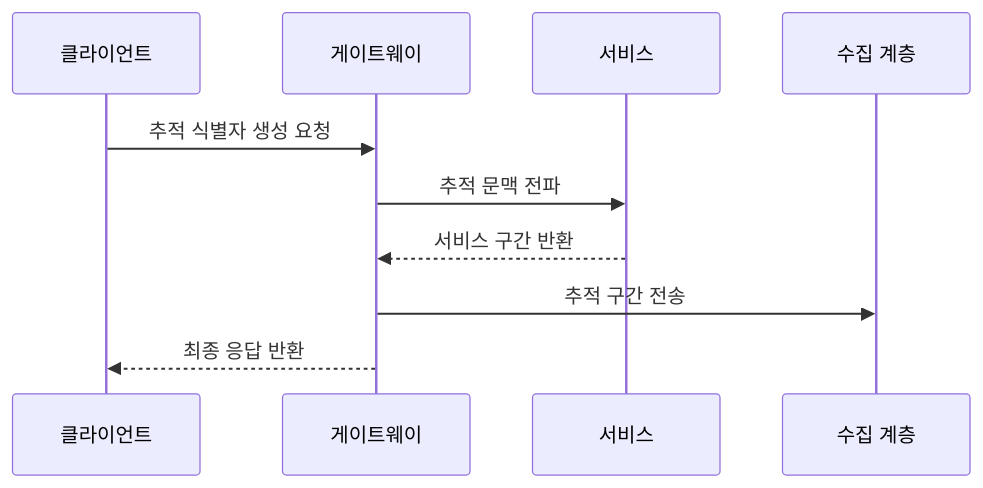
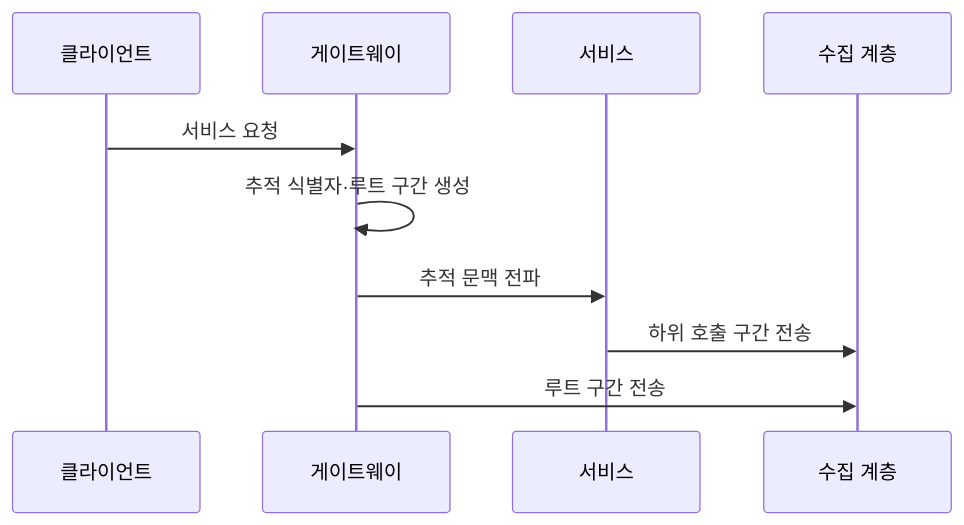
Before and after one commit to agnusdei1207/knowledge-base: the second of 2 diagrams in src/content/docs/notes/06-evaluation/008_apm_application_performance_management.md, drawn with Mermaid. The commit also changed other lines of this file and 11 other files, not shown here.

````diff
--- a/src/content/docs/notes/06-evaluation/008_apm_application_performance_management.md
+++ b/src/content/docs/notes/06-evaluation/008_apm_application_performance_management.md
@@ -72,12 +72,12 @@
 ```mermaid
 sequenceDiagram
     participant C as 클라이언트
     participant G as 게이트웨이
     participant S as 서비스
     participant A as 수집 계층
-    C->>G: 추적 식별자 생성 요청
+    C->>G: 서비스 요청
+    G->>G: 추적 식별자·루트 구간 생성
     G->>S: 추적 문맥 전파
-    S-->>G: 서비스 구간 반환
-    G->>A: 추적 구간 전송
-    G-->>C: 최종 응답 반환
+    S->>A: 하위 호출 구간 전송
+    G->>A: 루트 구간 전송
 ```
````
